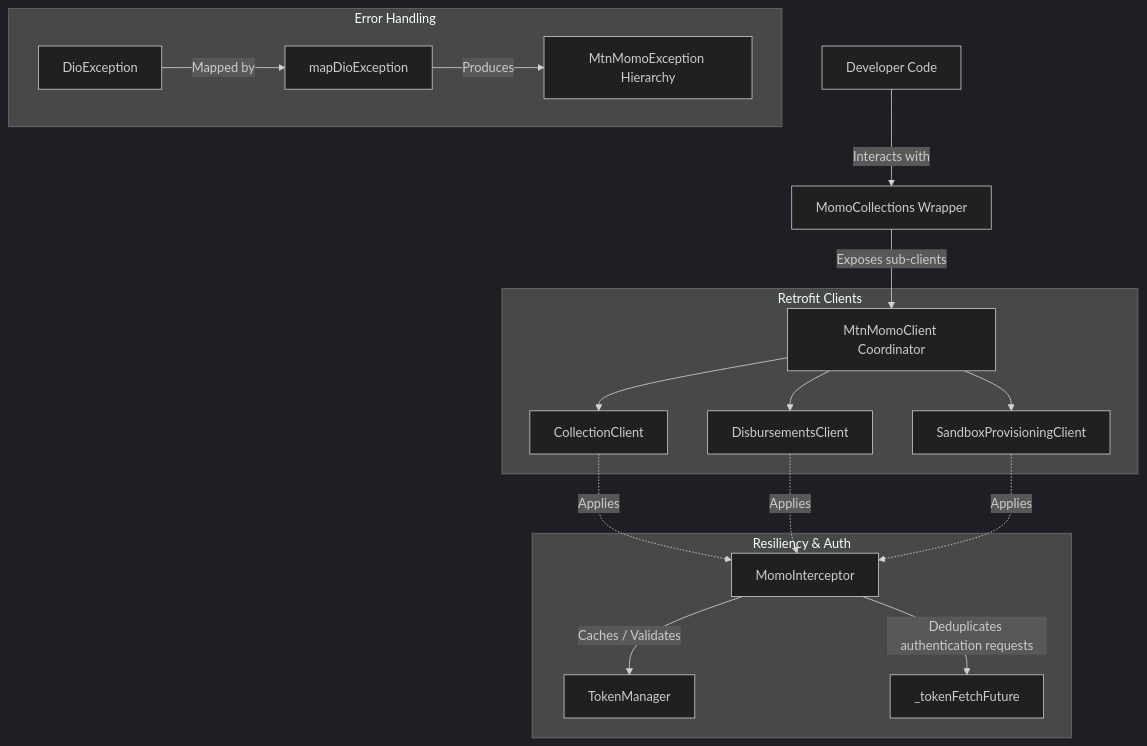
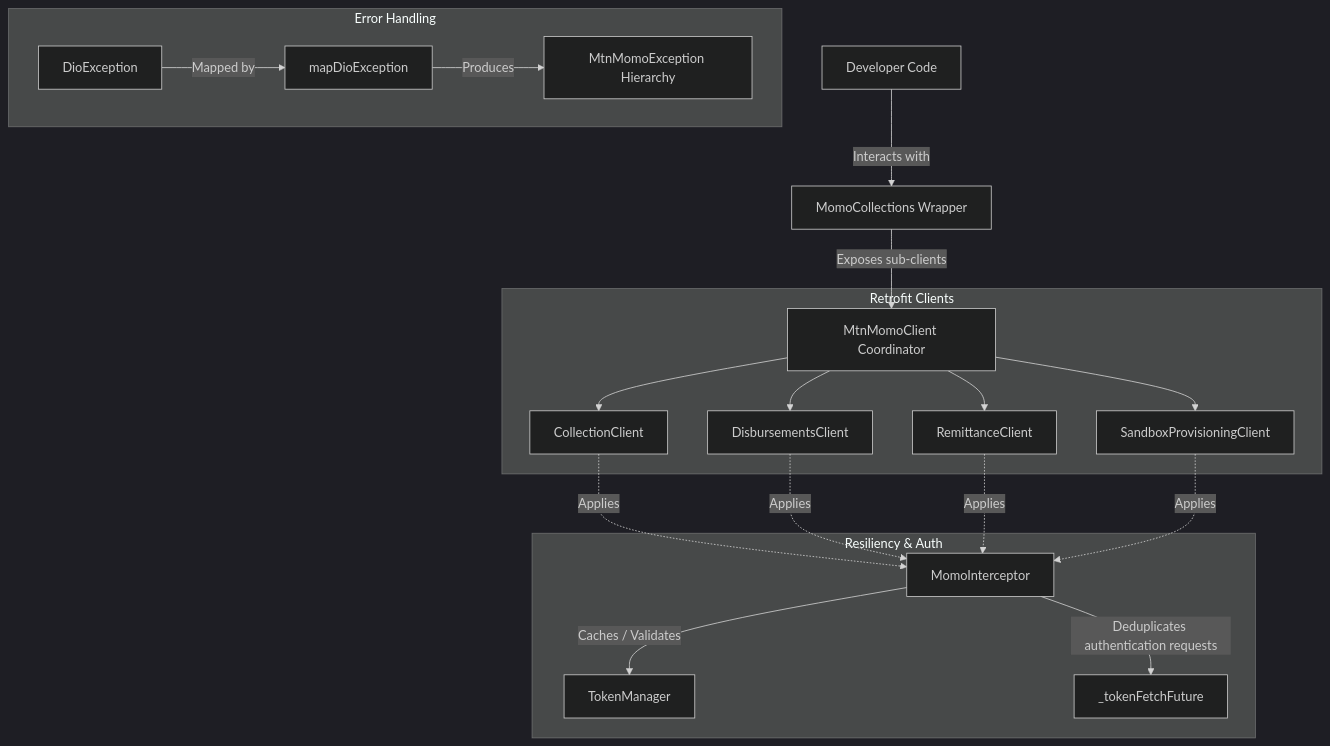
One commit to TJMusiitwa/mtn_momo_collections changed the diagram in GEMINI.md. Above: the diagram before and after it, drawn with Mermaid (dark theme). The commit also changed other lines of this file and 1 other file, not shown here.

````diff
--- a/GEMINI.md
+++ b/GEMINI.md
@@ -16,22 +16,23 @@
 ```mermaid
 graph TD
     Client[Developer Code] -->|Interacts with| MC[MomoCollections Wrapper]
     MC -->|Exposes sub-clients| MMC[MtnMomoClient Coordinator]
     
     subgraph retrofit ["Retrofit Clients"]
         MMC --> CC[CollectionClient]
         MMC --> DC[DisbursementsClient]
+        MMC --> RC[RemittanceClient]
         MMC --> SC[SandboxProvisioningClient]
     end
     
     subgraph resiliency ["Resiliency & Auth"]
-        CC & DC & SC -.->|Applies| MI[MomoInterceptor]
+        CC & DC & RC & SC -.->|Applies| MI[MomoInterceptor]
         MI -->|Caches / Validates| TM[TokenManager]
         MI -->|Deduplicates authentication requests| TFF[_tokenFetchFuture]
     end
     
     subgraph errors ["Error Handling"]
         DioEx[DioException] -->|Mapped by| MEx[mapDioException]
         MEx -->|Produces| MtnEx[MtnMomoException Hierarchy]
     end
 ```
````
